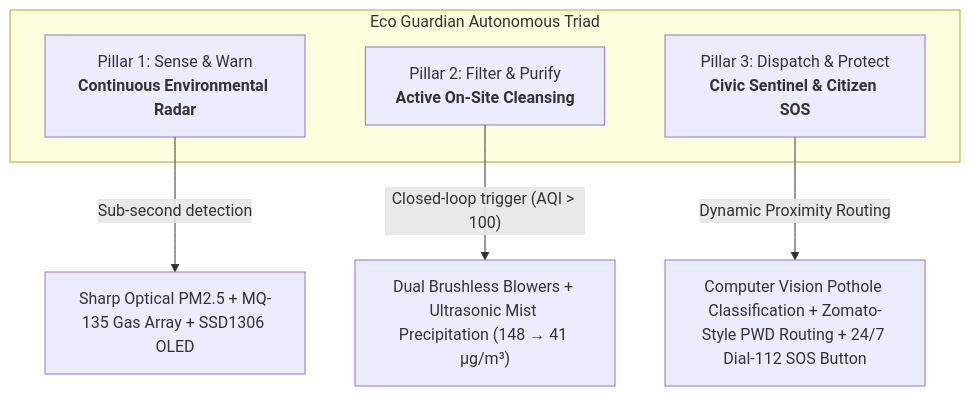
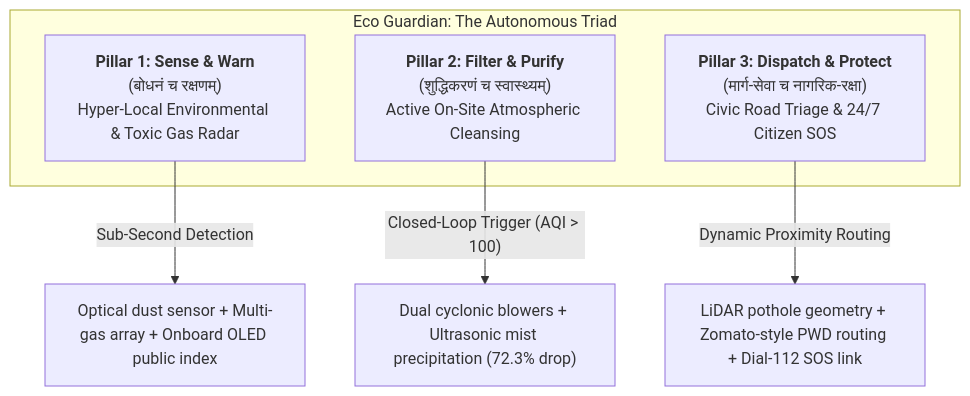
The first of 2 diagrams in README.md (pranav520214/Eco-Guardian-Sentinel), drawn with Mermaid before and after one commit. The commit also changed other lines of this file and 12 other files, not shown here.

Commit message:
refactor: eliminate all code files; enrich repo with sacred Vedic Sanskrit shlokas and beautiful architectural prose

````diff
--- a/README.md
+++ b/README.md
@@ -54,12 +71,12 @@
 ```mermaid
 graph TD
-    subgraph Eco_Guardian_Pillars["Eco Guardian Autonomous Triad"]
-        P1["Pillar 1: Sense & Warn<br/><b>Continuous Environmental Radar</b>"]
-        P2["Pillar 2: Filter & Purify<br/><b>Active On-Site Cleansing</b>"]
-        P3["Pillar 3: Dispatch & Protect<br/><b>Civic Sentinel & Citizen SOS</b>"]
+    subgraph Autonomous_Triad["Eco Guardian: The Autonomous Triad"]
+        P1["<b>Pillar 1: Sense & Warn</b><br/>(बोधनं च रक्षणम्)<br/>Hyper-Local Environmental & Toxic Gas Radar"]
+        P2["<b>Pillar 2: Filter & Purify</b><br/>(शुद्धिकरणं च स्वास्थ्यम्)<br/>Active On-Site Atmospheric Cleansing"]
+        P3["<b>Pillar 3: Dispatch & Protect</b><br/>(मार्ग-सेवा च नागरिक-रक्षा)<br/>Civic Road Triage & 24/7 Citizen SOS"]
     end
 
-    P1 -->|"Sub-second detection"| SENS["Sharp Optical PM2.5 + MQ-135 Gas Array + SSD1306 OLED"]
-    P2 -->|"Closed-loop trigger (AQI > 100)"| CLEAN["Dual Brushless Blowers + Ultrasonic Mist Precipitation (148 → 41 µg/m³)"]
-    P3 -->|"Dynamic Proximity Routing"| CIVIC["Computer Vision Pothole Classification + Zomato-Style PWD Routing + 24/7 Dial-112 SOS Button"]
+    P1 -->|"Sub-Second Detection"| O1["Optical dust sensor + Multi-gas array + Onboard OLED public index"]
+    P2 -->|"Closed-Loop Trigger (AQI > 100)"| O2["Dual cyclonic blowers + Ultrasonic mist precipitation (72.3% drop)"]
+    P3 -->|"Dynamic Proximity Routing"| O3["LiDAR pothole geometry + Zomato-style PWD routing + Dial-112 SOS link"]
 ```
````
